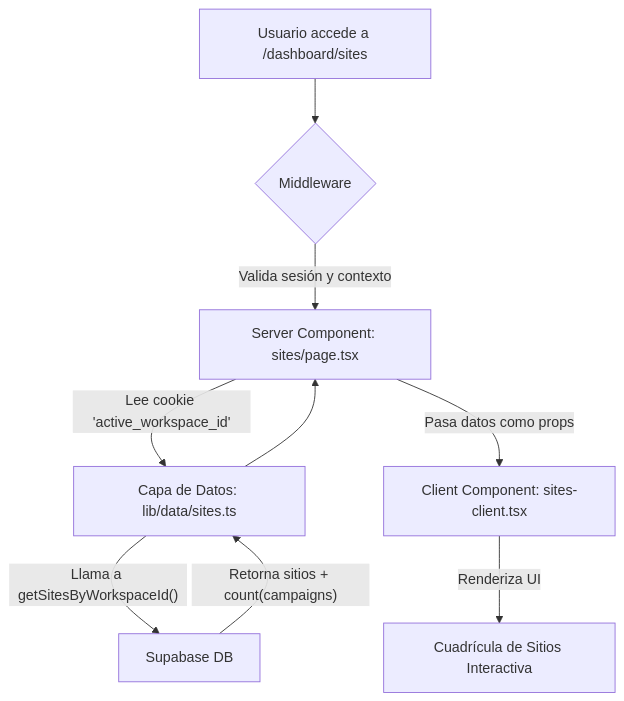
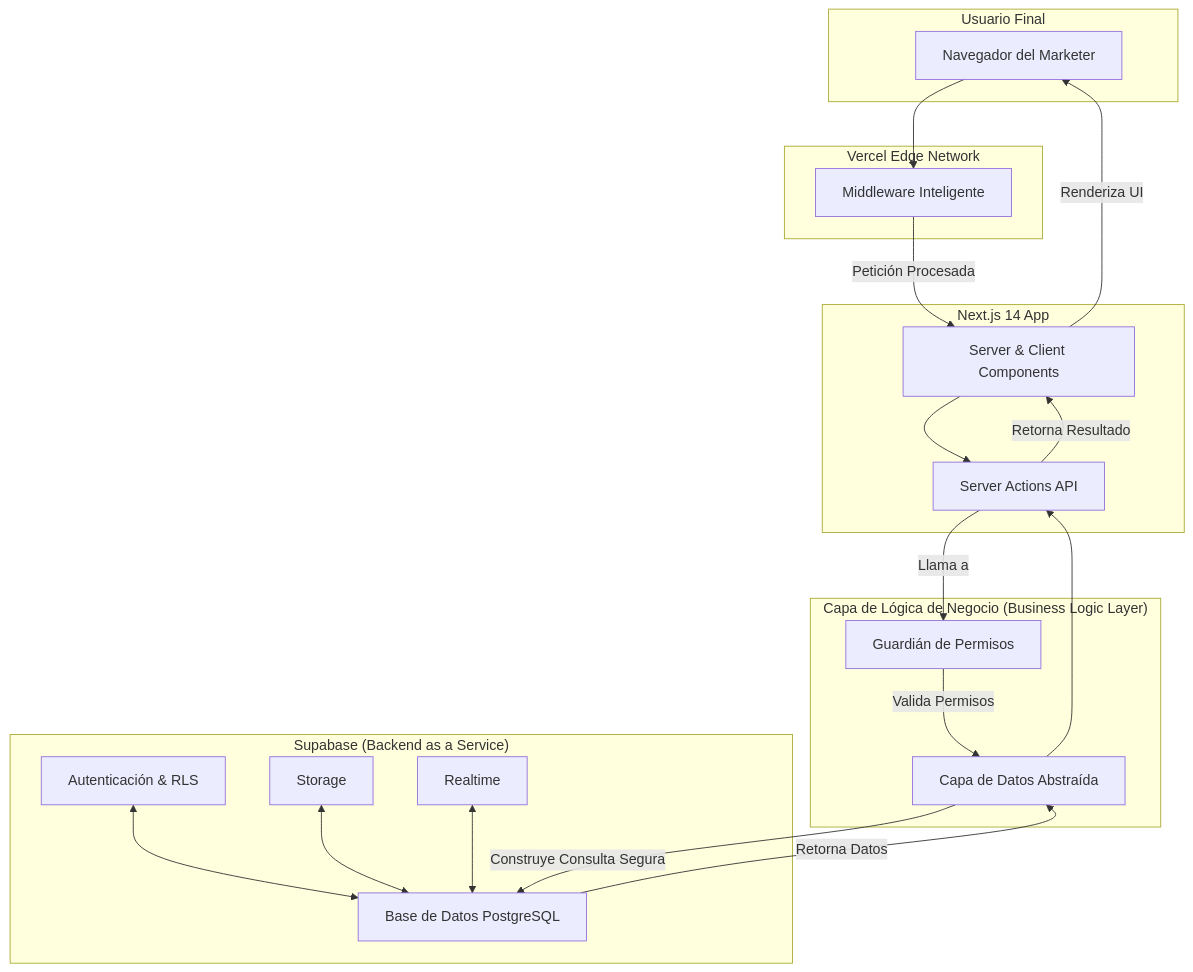
One commit to razpodesta/marketing-afiliados changed the diagram in README.md. Above: the diagram before and after it, drawn with Mermaid. The commit also changed other lines of this file, not shown here.

Commit message:
WIP: Refactorizando la capa de datos 2

````diff
--- a/README.md
+++ b/README.md
@@ -45,11 +72,42 @@
 ```mermaid
 graph TD
-    A[Usuario accede a /dashboard/sites] --> B{Middleware};
-    B -- Valida sesión y contexto --> C[Server Component: sites/page.tsx];
-    C -- Lee cookie 'active_workspace_id' --> D[Capa de Datos: lib/data/sites.ts];
-    D -- Llama a getSitesByWorkspaceId() --> E[Supabase DB];
-    E -- Retorna sitios + count(campaigns) --> D;
-    D --> C;
-    C -- Pasa datos como props --> F[Client Component: sites-client.tsx];
-    F -- Renderiza UI --> G[Cuadrícula de Sitios Interactiva];
+    subgraph "Usuario Final"
+        A[Navegador del Marketer]
+    end
+
+    subgraph "Vercel Edge Network"
+        B[Middleware Inteligente]
+    end
+
+    subgraph "Next.js 14 App"
+        C[Server & Client Components]
+        D[Server Actions API]
+    end
+
+    subgraph "Capa de Lógica de Negocio (Business Logic Layer)"
+        E[Guardián de Permisos]
+        F[Capa de Datos Abstraída]
+    end
+
+    subgraph "Supabase (Backend as a Service)"
+        G[Base de Datos PostgreSQL]
+        H[Autenticación & RLS]
+        I[Storage]
+        J[Realtime]
+    end
+
+    A --> B
+    B -- Petición Procesada --> C
+    C --> D
+    D -- Llama a --> E
+    E -- Valida Permisos --> F
+    F -- Construye Consulta Segura --> G
+    G -- Retorna Datos --> F
+    F --> D
+    D -- Retorna Resultado --> C
+    C -- Renderiza UI --> A
+
+    H <--> G
+    I <--> G
+    J <--> G
 ```
````
